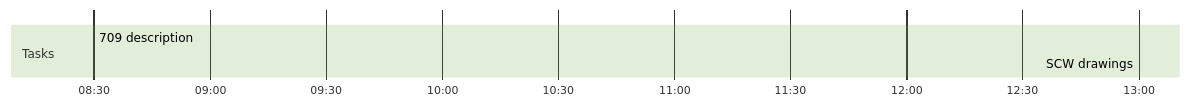
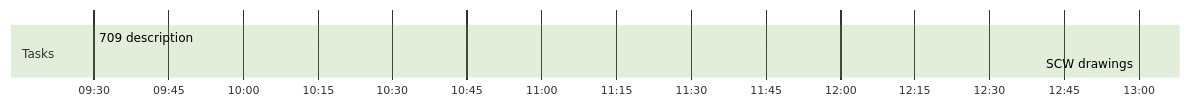
One commit to PseudoPau/ThesisLog changed the diagram in Day Planners/Day Planner-20230107.md. Above: the diagram before and after it, drawn with Mermaid (forest theme). The commit also changed other lines of this file and 1 other file, not shown here.

Commit message:
vault backup: 2023-01-07 09:24:23

````diff
--- a/Day Planners/Day Planner-20230107.md
+++ b/Day Planners/Day Planner-20230107.md
@@ -2,11 +2,11 @@
 ```mermaid
 gantt
     dateFormat  HH-mm
     axisFormat %H:%M
-    %% Current Time: 9:04:48 AM
+    %% Current Time: 9:23:48 AM
     section Tasks
-    709 description     :08-30, 270mm
+    709 description     :09-30, 210mm
     SCW drawings     :13-00, 0mm
     section Breaks
 
 ```
````
